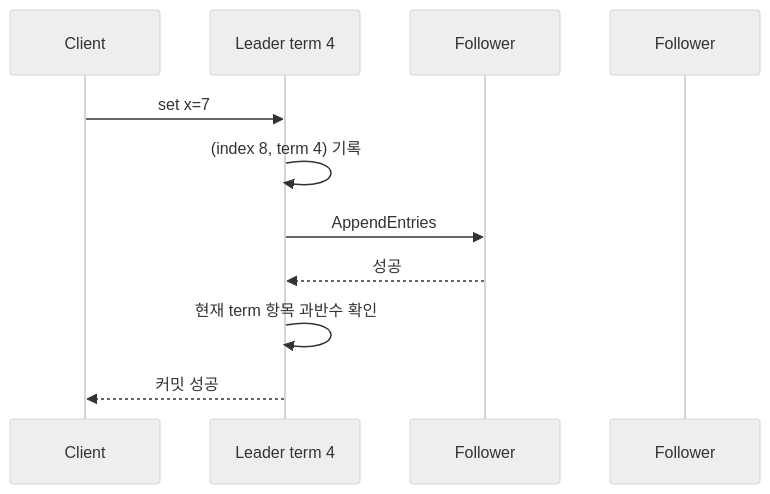
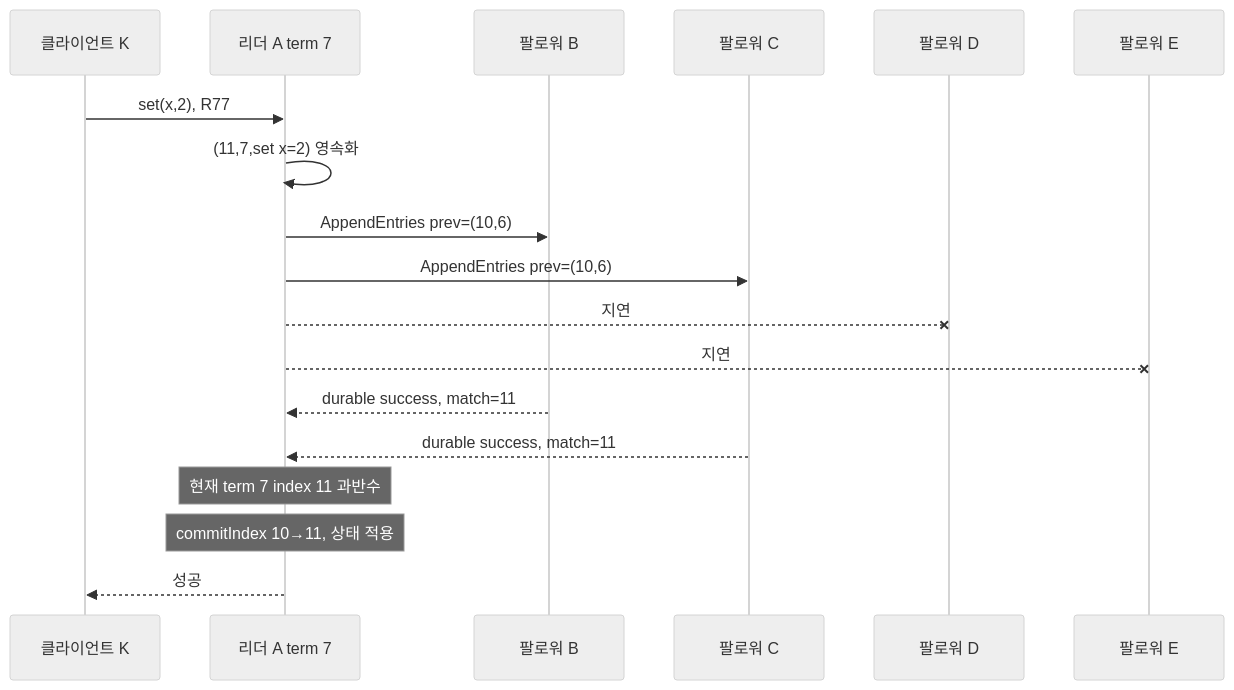
Before and after one commit to mj006648/netai-devsecops-runbook: the diagram in learning/distributed-systems/05-raft-logs-and-commit.md, drawn with Mermaid (neutral theme). The commit also changed other lines of this file and 62 other files, not shown here.

````diff
--- a/learning/distributed-systems/05-raft-logs-and-commit.md
+++ b/learning/distributed-systems/05-raft-logs-and-commit.md
@@ -82,13 +54,20 @@
 ```mermaid
 sequenceDiagram
- participant C as Client
- participant L as Leader term 4
- participant F1 as Follower
- participant F2 as Follower
- C->>L: set x=7
- L->>L: (index 8, term 4) 기록
- L->>F1: AppendEntries
- F1-->>L: 성공
- L->>L: 현재 term 항목 과반수 확인
- L-->>C: 커밋 성공
+    participant K as 클라이언트 K
+    participant A as 리더 A term 7
+    participant B as 팔로워 B
+    participant C as 팔로워 C
+    participant D as 팔로워 D
+    participant E as 팔로워 E
+    K->>A: set(x,2), R77
+    A->>A: (11,7,set x=2) 영속화
+    A->>B: AppendEntries prev=(10,6)
+    A->>C: AppendEntries prev=(10,6)
+    A--xD: 지연
+    A--xE: 지연
+    B-->>A: durable success, match=11
+    C-->>A: durable success, match=11
+    Note over A: 현재 term 7 index 11 과반수
+    Note over A: commitIndex 10→11, 상태 적용
+    A-->>K: 성공
 ```
````
